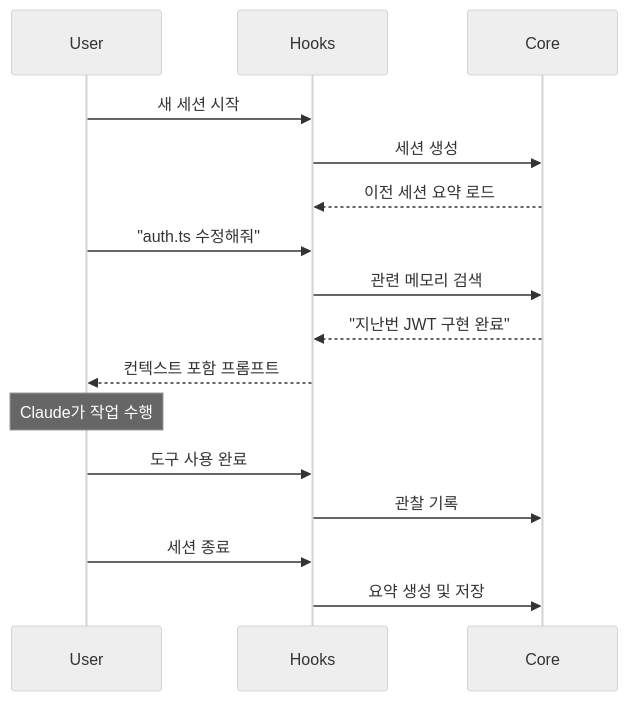
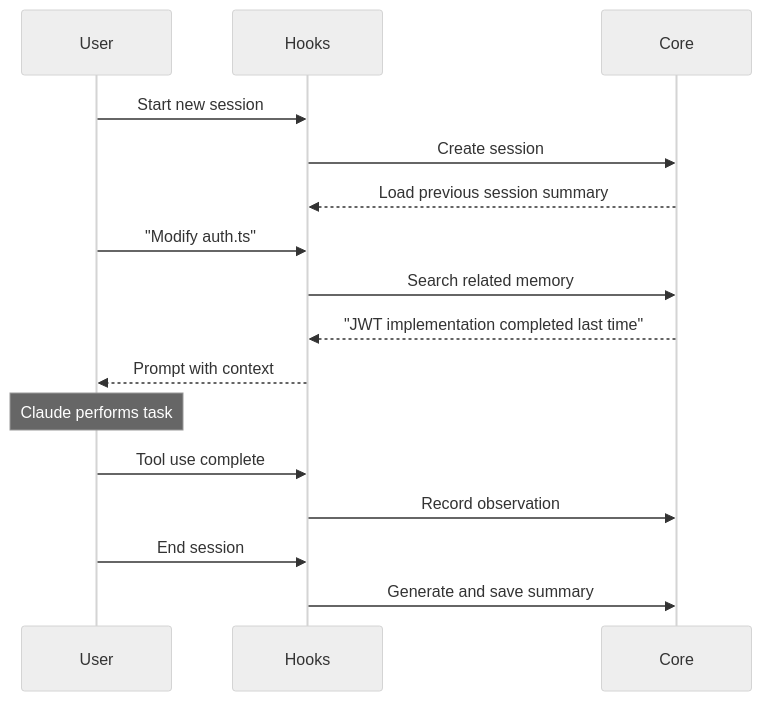
One commit to yeochul-jeon/ralph-mem changed the ninth of 10 diagrams in docs/PRD.md. Above: the diagram before and after it, drawn with Mermaid (neutral theme). The commit also changed other lines of this file and 26 other files, not shown here.

````diff
--- a/docs/PRD.md
+++ b/docs/PRD.md
@@ -506,23 +508,23 @@
 ```mermaid
 sequenceDiagram
     participant U as User
     participant H as Hooks
     participant C as Core
 
-    U->>H: 새 세션 시작
-    H->>C: 세션 생성
-    C-->>H: 이전 세션 요약 로드
+    U->>H: Start new session
+    H->>C: Create session
+    C-->>H: Load previous session summary
 
-    U->>H: "auth.ts 수정해줘"
-    H->>C: 관련 메모리 검색
-    C-->>H: "지난번 JWT 구현 완료"
-    H-->>U: 컨텍스트 포함 프롬프트
+    U->>H: "Modify auth.ts"
+    H->>C: Search related memory
+    C-->>H: "JWT implementation completed last time"
+    H-->>U: Prompt with context
 
-    Note over U: Claude가 작업 수행
+    Note over U: Claude performs task
 
-    U->>H: 도구 사용 완료
-    H->>C: 관찰 기록
+    U->>H: Tool use complete
+    H->>C: Record observation
 
-    U->>H: 세션 종료
-    H->>C: 요약 생성 및 저장
+    U->>H: End session
+    H->>C: Generate and save summary
 ```
````
